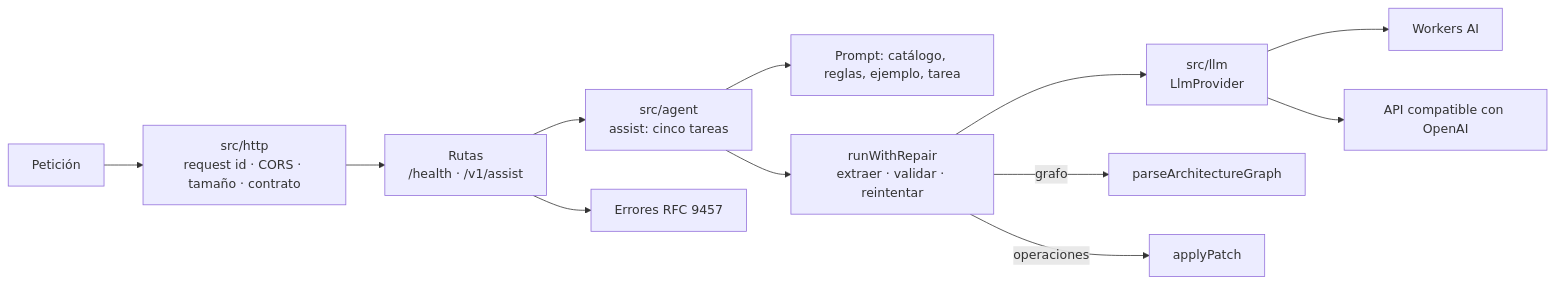
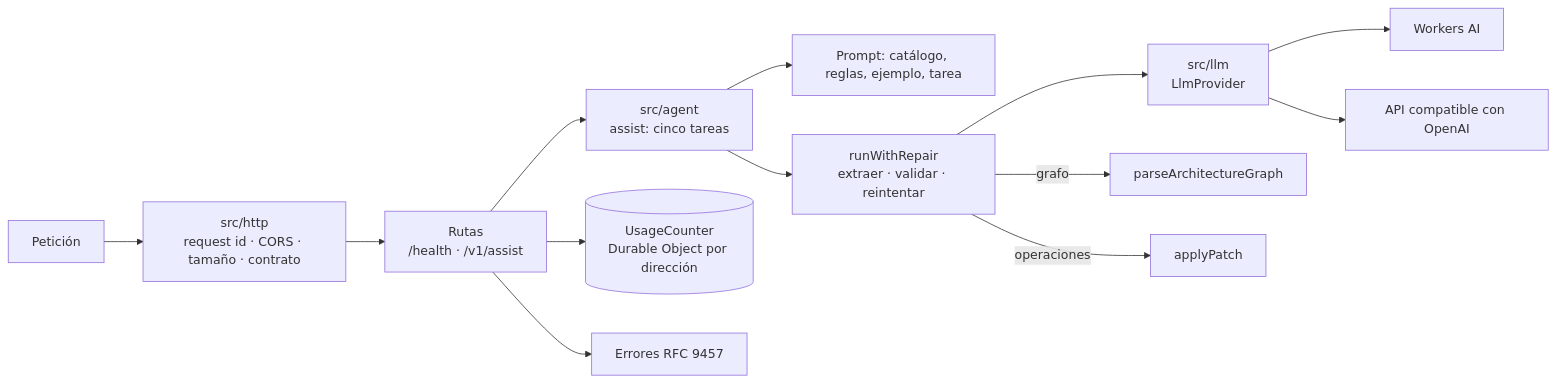
Before and after one commit to cosmemorillojulia/archdraft: the fourth of 6 diagrams in docs/arquitectura.md, drawn with Mermaid. The commit also changed other lines of this file and 6 other files, not shown here.

````diff
--- a/docs/arquitectura.md
+++ b/docs/arquitectura.md
@@ -125,14 +125,15 @@
 ```mermaid
 flowchart LR
   req[Petición] --> mw["src/http<br/>request id · CORS · tamaño · contrato"]
   mw --> route["Rutas<br/>/health · /v1/assist"]
   route --> agent["src/agent<br/>assist: cinco tareas"]
   agent --> prompt[Prompt: catálogo, reglas, ejemplo, tarea]
   agent --> repair["runWithRepair<br/>extraer · validar · reintentar"]
   repair --> prov["src/llm<br/>LlmProvider"]
   prov --> wai[Workers AI]
   prov --> oai[API compatible con OpenAI]
   repair -->|grafo| parse[parseArchitectureGraph]
   repair -->|operaciones| patch[applyPatch]
+  route --> usage[("UsageCounter<br/>Durable Object por dirección")]
   route --> err[Errores RFC 9457]
 ```
````
